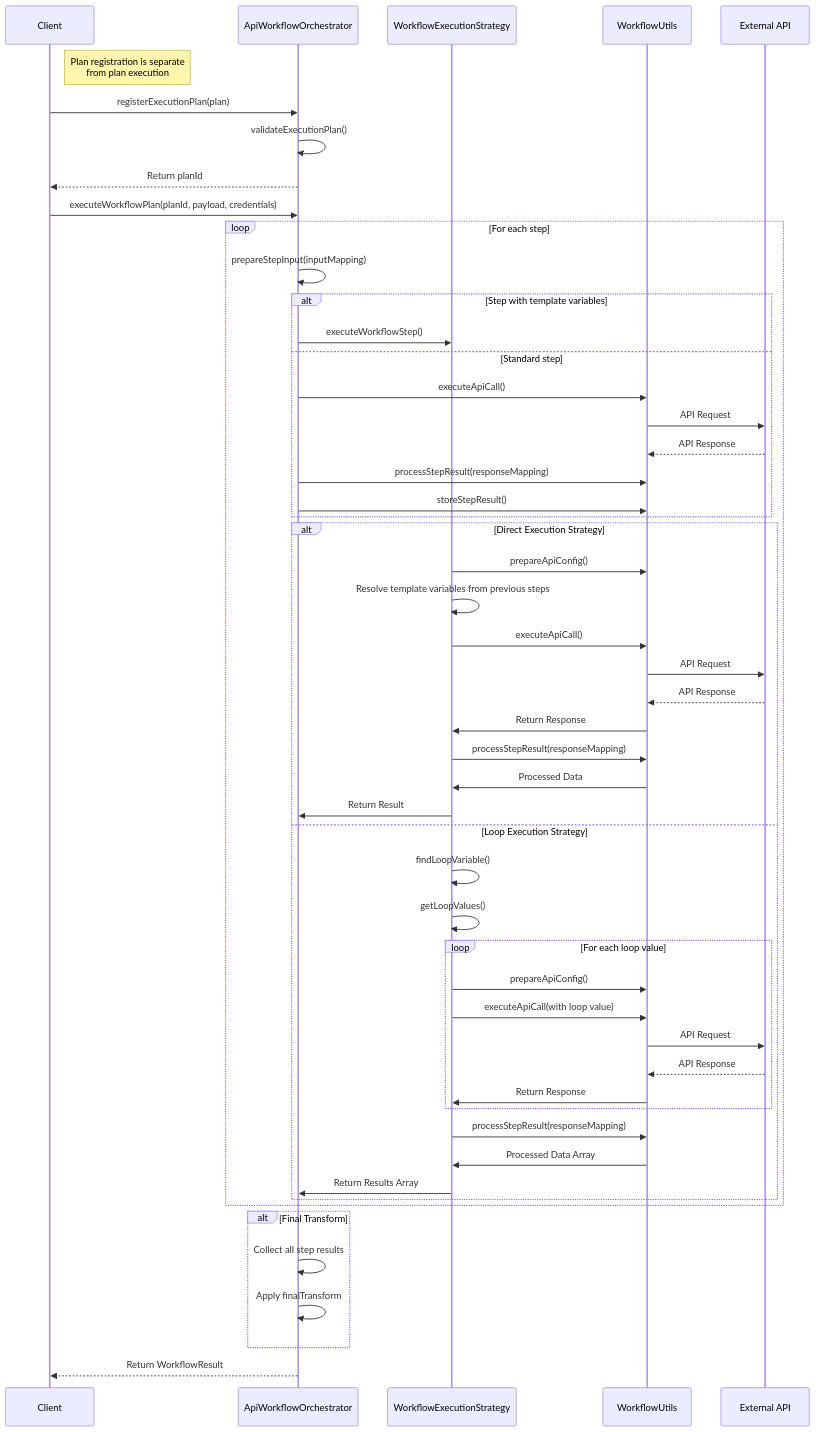
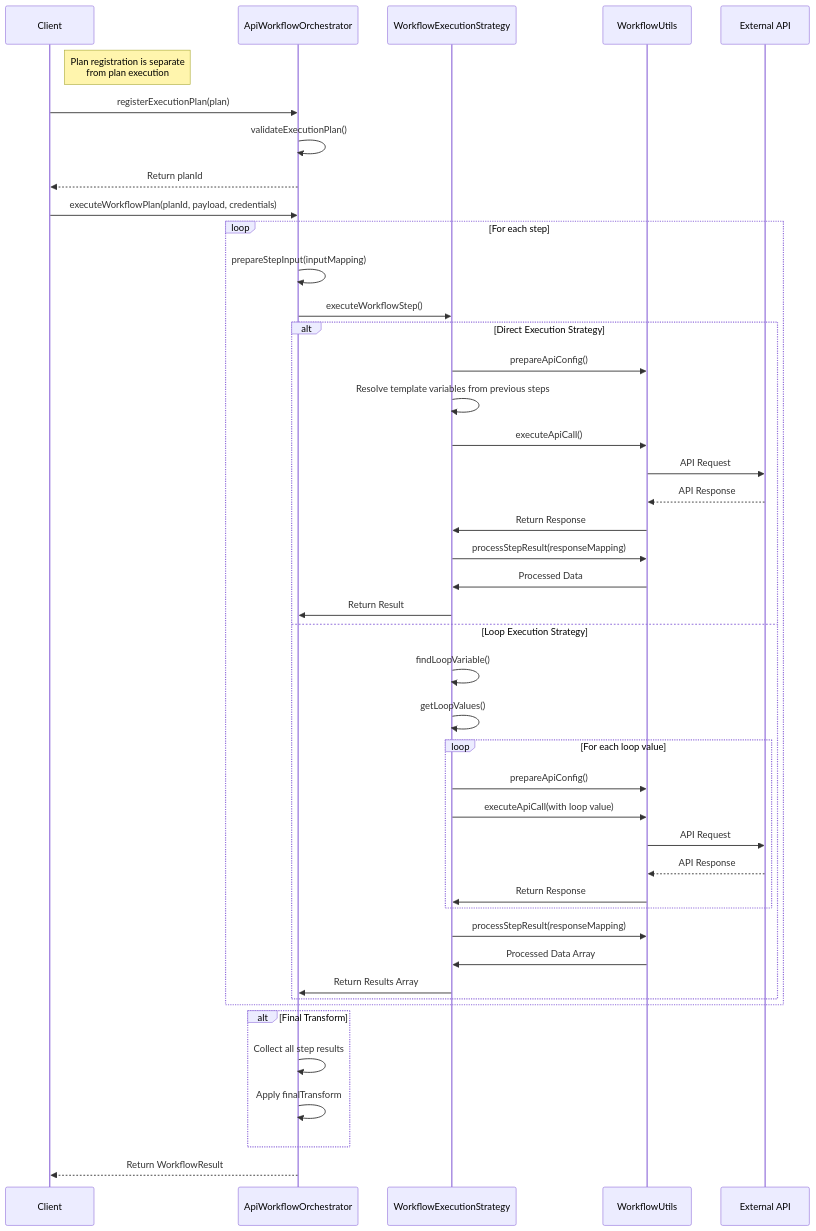
One commit to superglue-ai/superglue changed the second of 4 diagrams in packages/core/components/workflow/README.md. Above: the diagram before and after it, drawn with Mermaid. The commit also changed other lines of this file, not shown here.

````diff
--- a/packages/core/components/workflow/README.md
+++ b/packages/core/components/workflow/README.md
@@ -32,61 +32,52 @@
 ```mermaid
 sequenceDiagram
     participant Client
     participant Orchestrator as ApiWorkflowOrchestrator
     participant Strategy as WorkflowExecutionStrategy
     participant Utils as WorkflowUtils
     participant API as External API
     
     Note right of Client: Plan registration is separate<br/>from plan execution
     Client->>Orchestrator: registerExecutionPlan(plan)
     Orchestrator->>Orchestrator: validateExecutionPlan()
     Orchestrator-->>Client: Return planId
     
     Client->>Orchestrator: executeWorkflowPlan(planId, payload, credentials)
     
     loop For each step
         Orchestrator->>Orchestrator: prepareStepInput(inputMapping)
-        
-        alt Step with template variables
-            Orchestrator->>Strategy: executeWorkflowStep()
-        else Standard step
-            Orchestrator->>Utils: executeApiCall()
-            Utils->>API: API Request
-            API-->>Utils: API Response
-            Orchestrator->>Utils: processStepResult(responseMapping)
-            Orchestrator->>Utils: storeStepResult()
-        end
+        Orchestrator->>Strategy: executeWorkflowStep()
         
         alt Direct Execution Strategy
             Strategy->>Utils: prepareApiConfig()
             Strategy->>Strategy: Resolve template variables from previous steps
             Strategy->>Utils: executeApiCall()
             Utils->>API: API Request
             API-->>Utils: API Response
             Utils->>Strategy: Return Response
             Strategy->>Utils: processStepResult(responseMapping)
             Utils->>Strategy: Processed Data
             Strategy->>Orchestrator: Return Result
         else Loop Execution Strategy
             Strategy->>Strategy: findLoopVariable()
             Strategy->>Strategy: getLoopValues()
             loop For each loop value
                 Strategy->>Utils: prepareApiConfig()
                 Strategy->>Utils: executeApiCall(with loop value)
                 Utils->>API: API Request
                 API-->>Utils: API Response
                 Utils->>Strategy: Return Response
             end
             Strategy->>Utils: processStepResult(responseMapping)
             Utils->>Strategy: Processed Data Array
             Strategy->>Orchestrator: Return Results Array
         end
     end
     
     alt Final Transform
         Orchestrator->>Orchestrator: Collect all step results
         Orchestrator->>Orchestrator: Apply finalTransform
     end
     
     Orchestrator-->>Client: Return WorkflowResult
 ```
````
